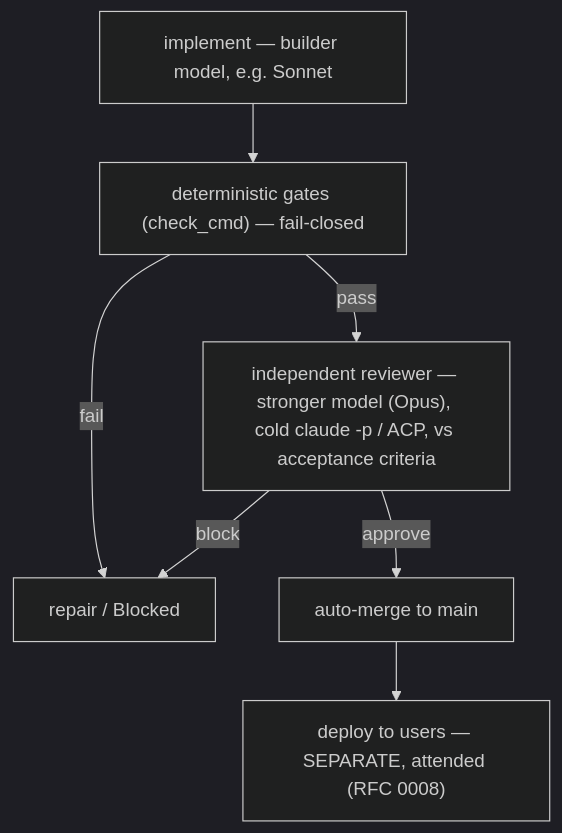
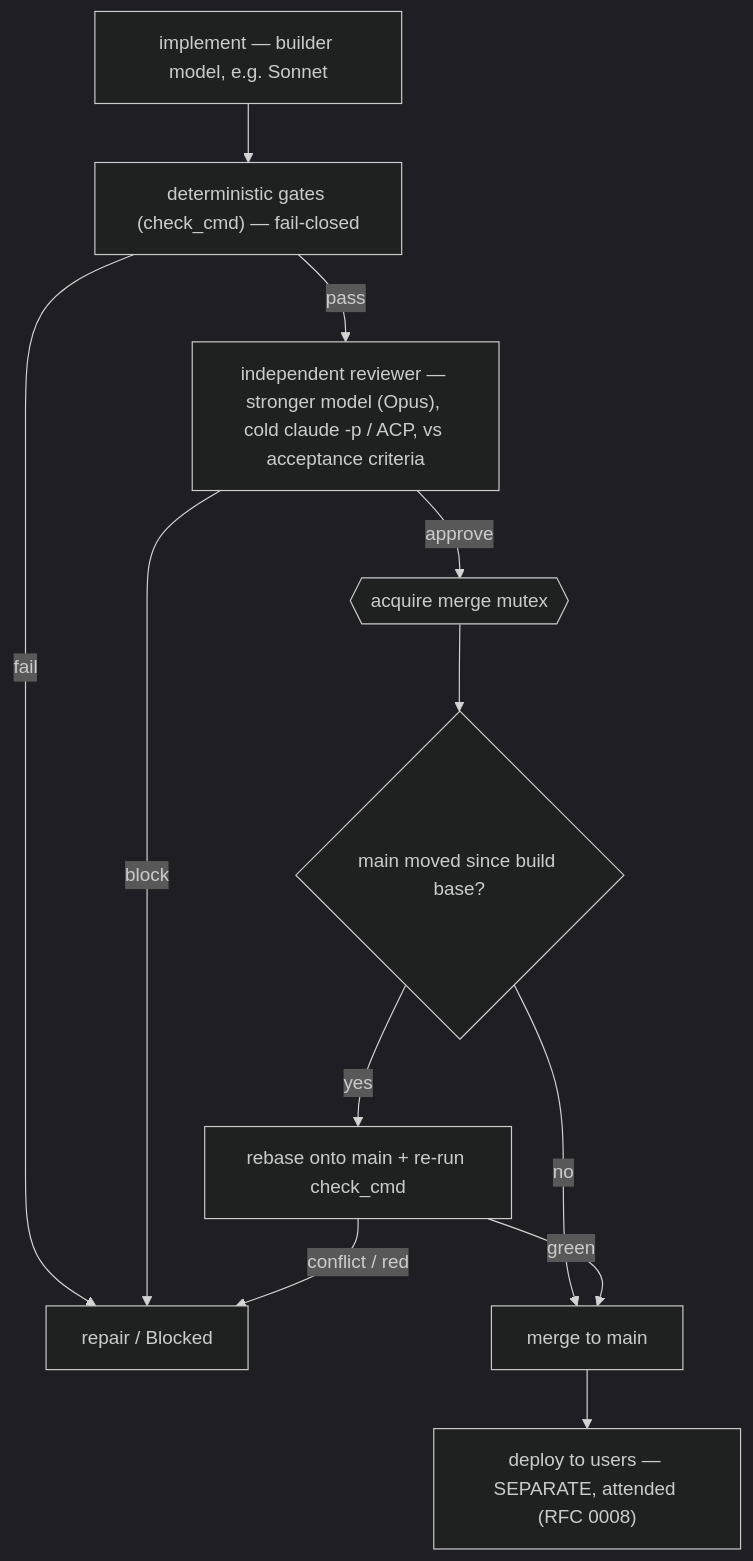
Before and after one commit to yellow-robots/factory: the diagram in docs/rfcs/0007-autonomous-merge.md, drawn with Mermaid (dark theme). The commit also changed other lines of this file, not shown here.

First line of the commit message:
docs(rfcs): 0007 — pull merge-skew guard into the first iteration

````diff
--- a/docs/rfcs/0007-autonomous-merge.md
+++ b/docs/rfcs/0007-autonomous-merge.md
@@ -26,9 +32,14 @@
 ```mermaid
 flowchart TD
     A[implement — builder model, e.g. Sonnet] --> B["deterministic gates (check_cmd) — fail-closed"]
     B -- fail --> R[repair / Blocked]
     B -- pass --> C["independent reviewer — stronger model (Opus), cold claude -p / ACP, vs acceptance criteria"]
     C -- block --> R
-    C -- approve --> M[auto-merge to main]
+    C -- approve --> L{{acquire merge mutex}}
+    L --> S{main moved since build base?}
+    S -- no --> M[merge to main]
+    S -- yes --> V[rebase onto main + re-run check_cmd]
+    V -- green --> M
+    V -- conflict / red --> R
     M --> D["deploy to users — SEPARATE, attended (RFC 0008)"]
 ```
````
